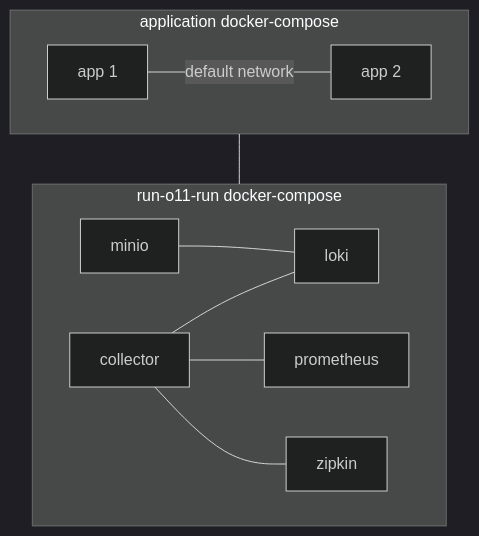
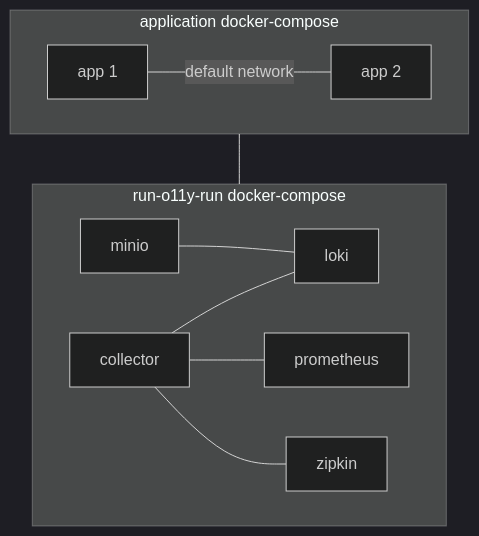
Before and after one commit to krzko/run-o11y-run: the diagram in multi-compose.md, drawn with Mermaid (dark theme). The commit also changed 1 other file, not shown here.

````diff
--- a/multi-compose.md
+++ b/multi-compose.md
@@ -40,23 +40,23 @@
 ```mermaid
 flowchart TD
 
-    subgraph run-o11y-run["run-o11-run docker-compose"]
+    subgraph run-o11y-run["run-o11y-run docker-compose"]
       direction LR
     
       collector
       minio --- loki
       collector --- loki
       collector --- prometheus
       collector --- zipkin
     end
 
     subgraph application["application docker-compose"]
       direction LR
 
       app1[app 1]
       app2[app 2]
       app1 --"default network"---app2
     end
 
     application---collector
 ```
````
